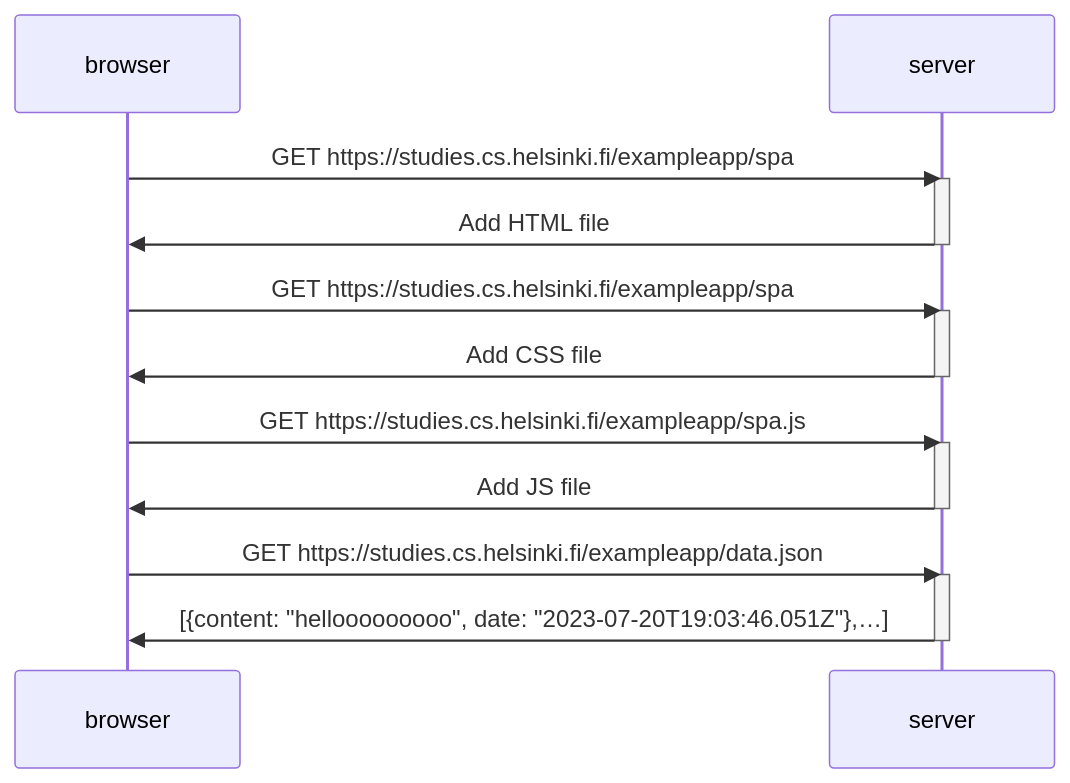
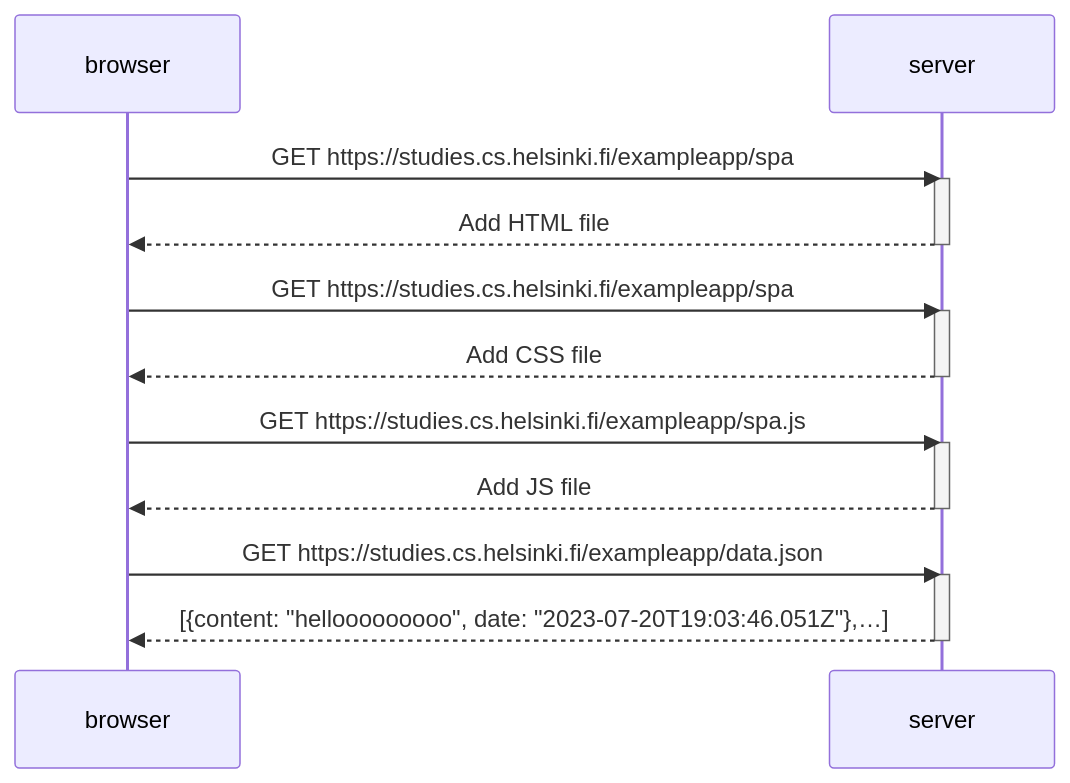
The diagram in part-0/single-app-page-diagram.md (KH-Ray/full-stack-open), drawn with Mermaid before and after one commit.

````diff
--- a/part-0/single-app-page-diagram.md
+++ b/part-0/single-app-page-diagram.md
@@ -1,25 +1,25 @@
 ```mermaid
 sequenceDiagram
    participant browser
    participant server
 
    browser->>server: GET https://studies.cs.helsinki.fi/exampleapp/spa
    activate server
-   server->>browser: Add HTML file
+   server-->>browser: Add HTML file
    deactivate server
 
    browser->>server: GET https://studies.cs.helsinki.fi/exampleapp/spa
    activate server
-   server->>browser: Add CSS file
+   server-->>browser: Add CSS file
    deactivate server
 
    browser->>server: GET https://studies.cs.helsinki.fi/exampleapp/spa.js
    activate server
-   server->>browser: Add JS file
+   server-->>browser: Add JS file
    deactivate server
 
    browser->>server: GET https://studies.cs.helsinki.fi/exampleapp/data.json
    activate server
-   server->>browser: [{content: "hellooooooooo", date: "2023-07-20T19:03:46.051Z"},…]
+   server-->>browser: [{content: "hellooooooooo", date: "2023-07-20T19:03:46.051Z"},…]
    deactivate server
 ```
````
